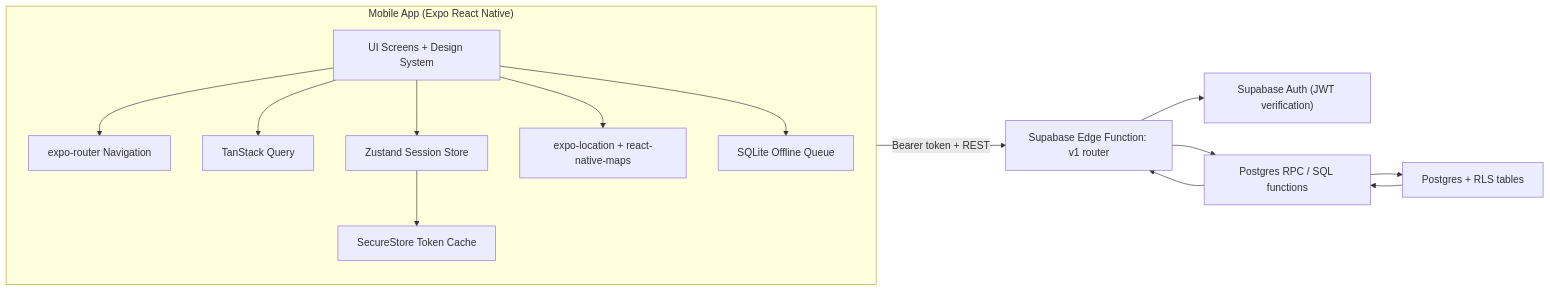
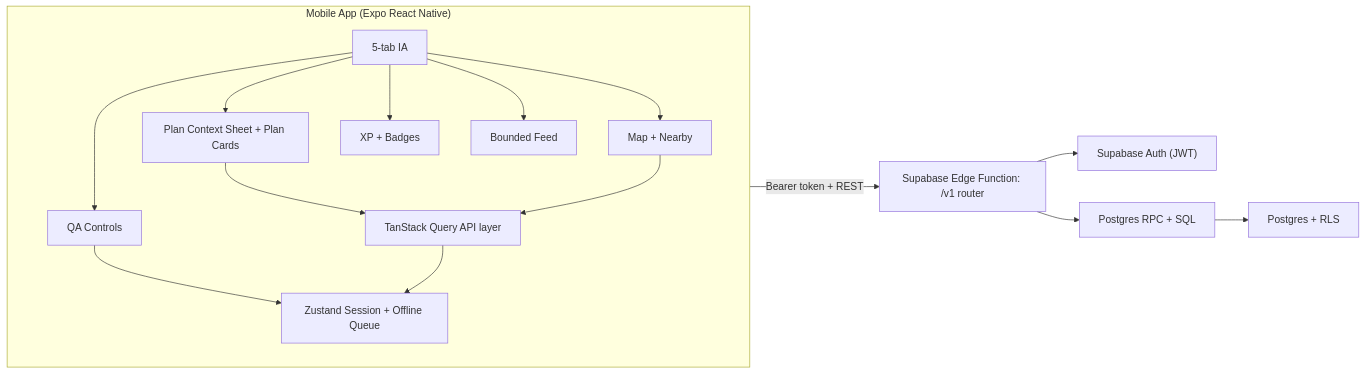
The first of 3 diagrams in docs/architecture.md (atul-krishnan/supreme-bassoon-passport-quest), drawn with Mermaid before and after one commit. The commit also changed other lines of this file and 10 other files, not shown here.

Commit message:
test/docs: add phase-a plan flow coverage, smoke checks, and UAT evidence templates

````diff
--- a/docs/architecture.md
+++ b/docs/architecture.md
@@ -15,25 +15,27 @@
 ```mermaid
 flowchart LR
   subgraph Mobile["Mobile App (Expo React Native)"]
-    UI["UI Screens + Design System"]
-    Router["expo-router Navigation"]
-    Query["TanStack Query"]
-    Session["Zustand Session Store"]
-    Offline["SQLite Offline Queue"]
-    Secure["SecureStore Token Cache"]
-    GPS["expo-location + react-native-maps"]
-    UI --> Router
-    UI --> Query
-    UI --> Session
-    UI --> GPS
-    Session --> Secure
-    UI --> Offline
+    Tabs["5-tab IA"]
+    Plan["Plan Context Sheet + Plan Cards"]
+    Explore["Map + Nearby"]
+    Progress["XP + Badges"]
+    Social["Bounded Feed"]
+    Profile["QA Controls"]
+    State["Zustand Session + Offline Queue"]
+    Query["TanStack Query API layer"]
+    Tabs --> Plan
+    Tabs --> Explore
+    Tabs --> Progress
+    Tabs --> Social
+    Tabs --> Profile
+    Plan --> Query
+    Explore --> Query
+    Profile --> State
+    Query --> State
   end
 
-  Mobile -->|"Bearer token + REST"| Edge["Supabase Edge Function: v1 router"]
-  Edge --> Auth["Supabase Auth (JWT verification)"]
-  Edge --> RPC["Postgres RPC / SQL functions"]
-  RPC --> DB["Postgres + RLS tables"]
-  DB --> RPC
-  RPC --> Edge
+  Mobile -->|"Bearer token + REST"| Edge["Supabase Edge Function: /v1 router"]
+  Edge --> Auth["Supabase Auth (JWT)"]
+  Edge --> DBRPC["Postgres RPC + SQL"]
+  DBRPC --> DB["Postgres + RLS"]
 ```
````
